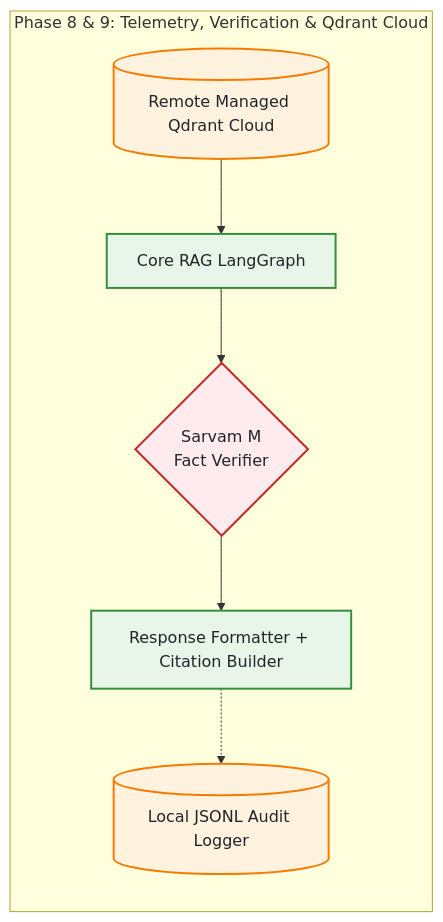
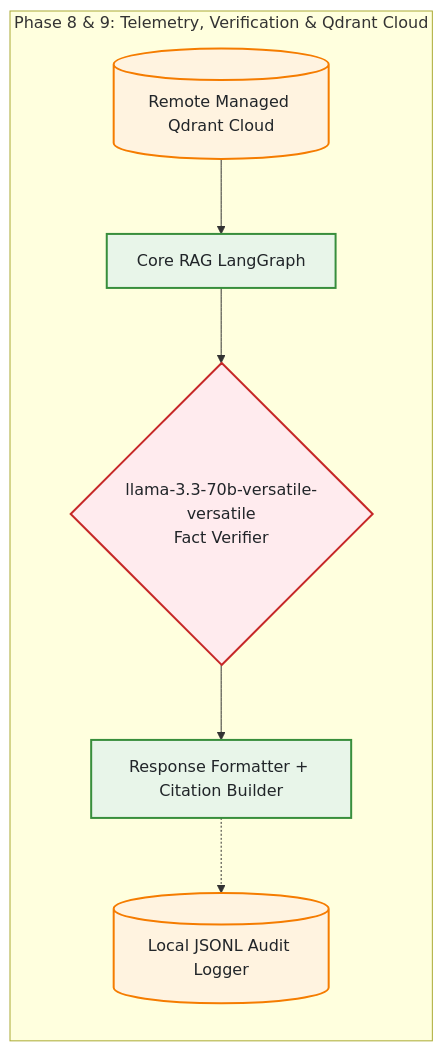
The diagram in assets/architecture_phase8_9.mmd (RoyMustang-Dev/Enterprise-RAG-Operations-Agent_Akobot), drawn with Mermaid before and after one commit. The commit also changed other lines of this file and 132 other files, not shown here.

```diff
--- a/assets/architecture_phase8_9.mmd
+++ b/assets/architecture_phase8_9.mmd
@@ -1,15 +1,15 @@
 graph TD
     %% Styling
     classDef default fill:#f9f9f9,stroke:#333,stroke-width:2px,color:#212529;
     classDef core fill:#e8f5e9,stroke:#388e3c,stroke-width:2px;
     classDef storage fill:#fff3e0,stroke:#f57c00,stroke-width:2px;
     classDef highlight fill:#e8eaf6,stroke:#3f51b5,stroke-width:3px;
     classDef verify fill:#ffebee,stroke:#c62828,stroke-width:2px;
 
     subgraph Phase8_9 [Phase 8 & 9: Telemetry, Verification & Qdrant Cloud]
         direction TB
         Qdrant[(Remote Managed Qdrant Cloud)]:::storage --> RAGDAG[Core RAG LangGraph]:::core
-        RAGDAG --> Verifier{Sarvam M<br/>Fact Verifier}:::verify
+        RAGDAG --> Verifier{llama-3.3-70b-versatile-versatile<br/>Fact Verifier}:::verify
         Verifier --> Formatter[Response Formatter + Citation Builder]:::core
         Formatter -.-> TelemetryLog[(Local JSONL Audit Logger)]:::storage
     end
```
